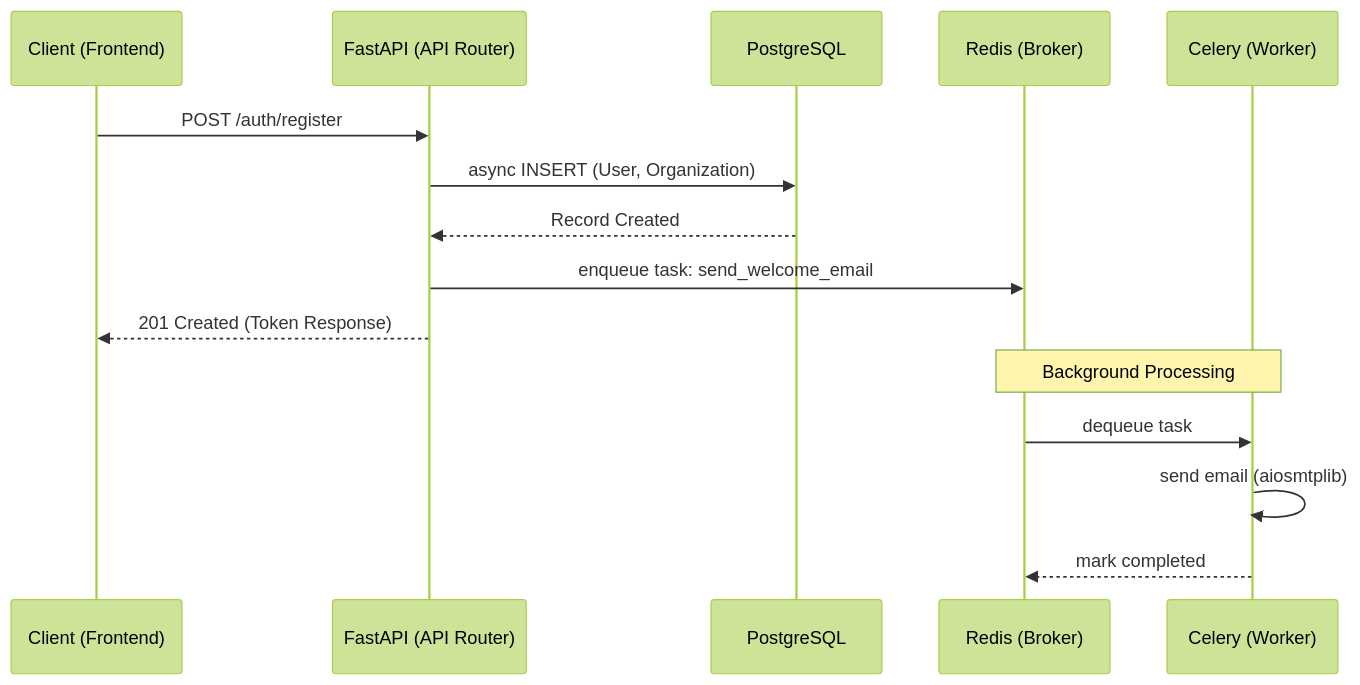
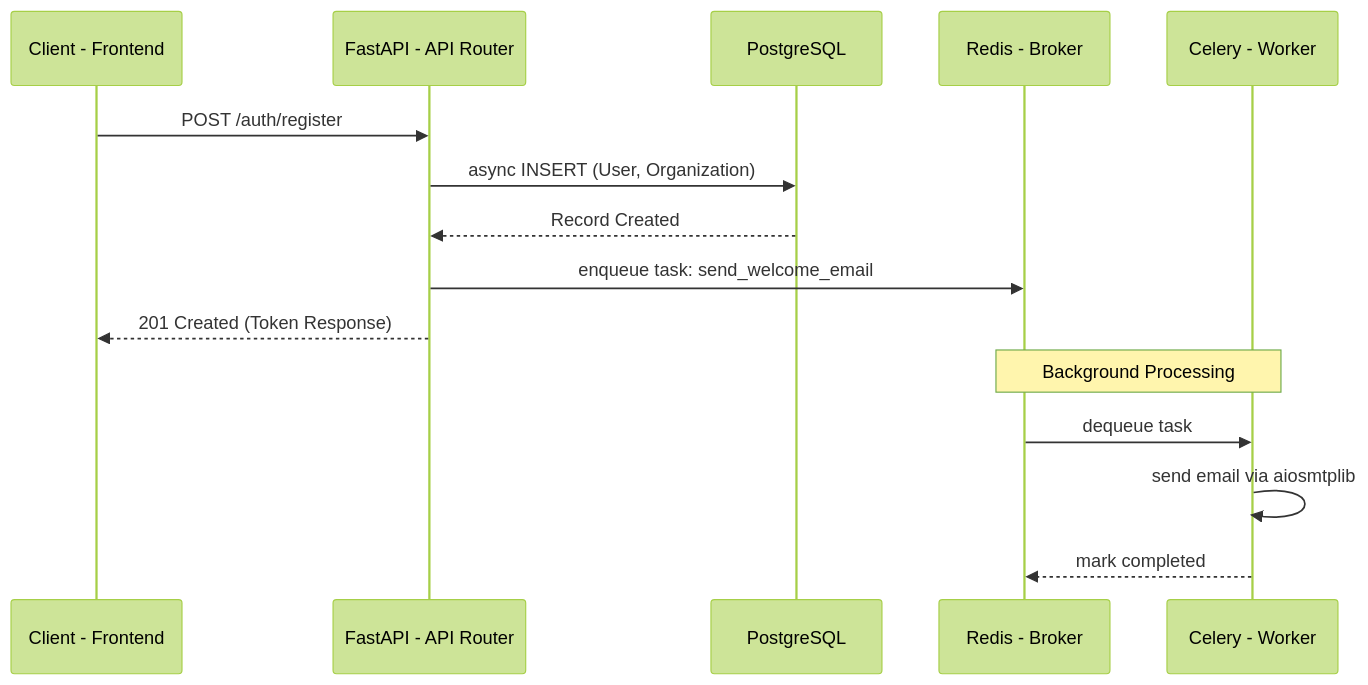
Before and after one commit to EzekielAbug/stockpilot: the second of 2 diagrams in docs/ARCHITECTURE.md, drawn with Mermaid (forest theme). The commit also changed other lines of this file, not shown here.

Commit message:
Fixed diagrams for architecture

````diff
--- a/docs/ARCHITECTURE.md
+++ b/docs/ARCHITECTURE.md
@@ -42,19 +42,19 @@
 ```mermaid
 sequenceDiagram
-    participant C as Client (Frontend)
-    participant A as FastAPI (API Router)
+    participant C as Client - Frontend
+    participant A as FastAPI - API Router
     participant DB as PostgreSQL
-    participant R as Redis (Broker)
-    participant W as Celery (Worker)
+    participant R as Redis - Broker
+    participant W as Celery - Worker
     
     C->>A: POST /auth/register
     A->>DB: async INSERT (User, Organization)
     DB-->>A: Record Created
     A->>R: enqueue task: send_welcome_email
     A-->>C: 201 Created (Token Response)
     
     Note over R, W: Background Processing
     R->>W: dequeue task
-    W->>W: send email (aiosmtplib)
+    W->>W: send email via aiosmtplib
     W-->>R: mark completed
 ```
````
